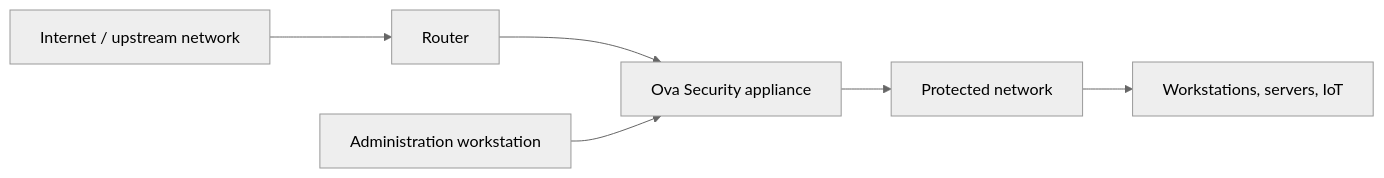
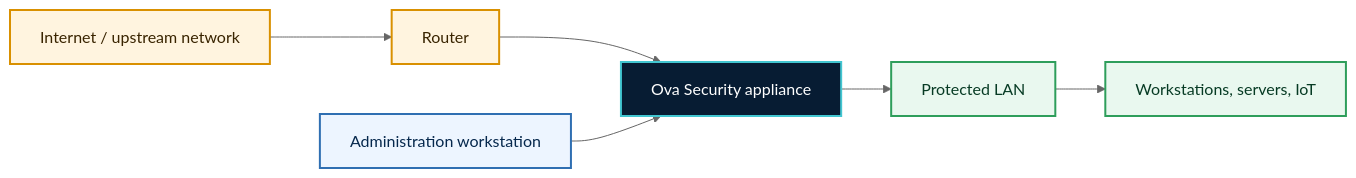
One commit to G-omar3/Ova_Security changed the first of 12 diagrams in README.md. Above: the diagram before and after it, drawn with Mermaid (neutral theme). The commit also changed other lines of this file, not shown here.

Commit message:
Enrich architecture README

````diff
--- a/README.md
+++ b/README.md
@@ -24,12 +42,22 @@
 ```mermaid
 flowchart LR
-  WAN[Internet / upstream network]
+  Internet[Internet / upstream network]
   Router[Router]
   Appliance[Ova Security appliance]
-  LAN[Protected network]
-  Assets[Workstations, servers, IoT]
+  LAN[Protected LAN]
+  Endpoints[Workstations, servers, IoT]
   Admin[Administration workstation]
 
-  WAN --> Router --> Appliance --> LAN --> Assets
+  Internet --> Router --> Appliance --> LAN --> Endpoints
   Admin --> Appliance
+
+  classDef wan fill:#fff4df,stroke:#d99000,stroke-width:2px,color:#392400;
+  classDef appliance fill:#071c33,stroke:#42c6d1,stroke-width:2px,color:#ffffff;
+  classDef lan fill:#e9f8ef,stroke:#2e9e5b,stroke-width:2px,color:#073b24;
+  classDef admin fill:#edf5ff,stroke:#2f6fb2,stroke-width:2px,color:#06284d;
+
+  class Internet,Router wan;
+  class Appliance appliance;
+  class LAN,Endpoints lan;
+  class Admin admin;
 ```
````
